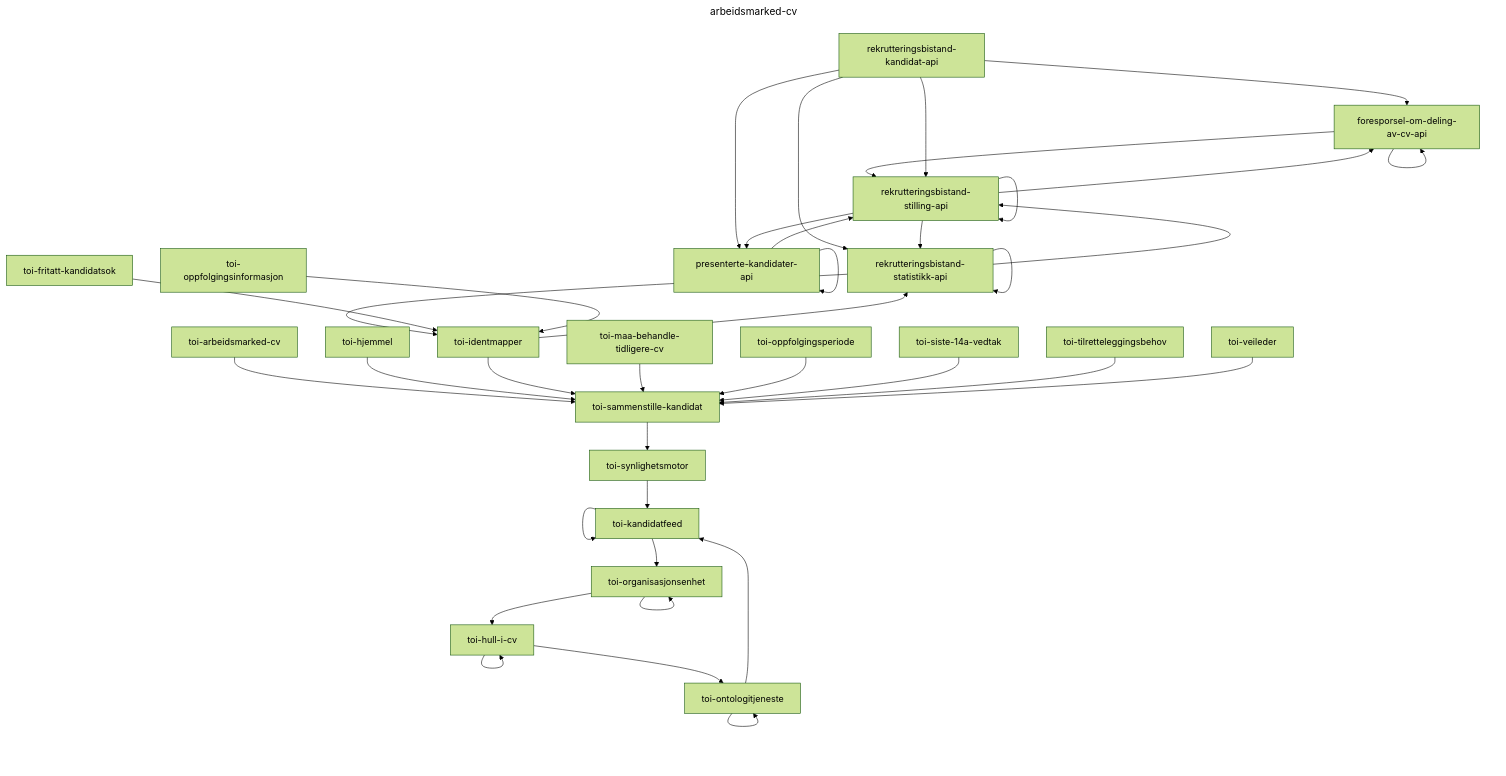
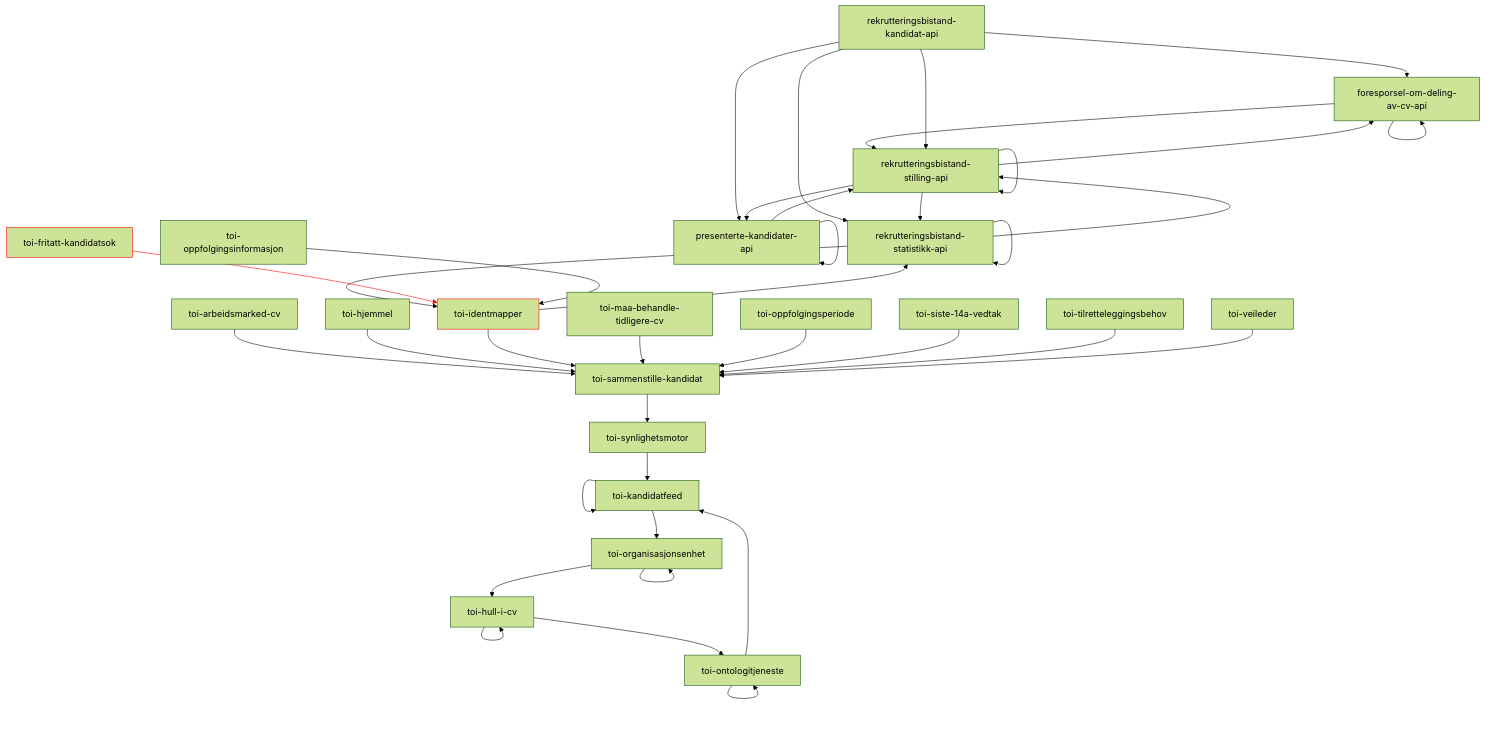
Before and after one commit to navikt/toi-rapids-and-rivers-grapher: the fourth of 34 diagrams in README.md, drawn with Mermaid (forest theme). The commit also changed other lines of this file, not shown here.

Commit message:
Oppdater Mermaid utskrift

````diff
--- a/README.md
+++ b/README.md
@@ -89,44 +130,42 @@
 ```mermaid
----
-title: arbeidsmarked-cv
----
 graph TD;
 foresporsel-om-deling-av-cv-api --> foresporsel-om-deling-av-cv-api;
 foresporsel-om-deling-av-cv-api --> rekrutteringsbistand-stilling-api;
 presenterte-kandidater-api --> presenterte-kandidater-api;
 presenterte-kandidater-api --> rekrutteringsbistand-stilling-api;
 rekrutteringsbistand-kandidat-api --> foresporsel-om-deling-av-cv-api;
 rekrutteringsbistand-kandidat-api --> presenterte-kandidater-api;
 rekrutteringsbistand-kandidat-api --> rekrutteringsbistand-statistikk-api;
 rekrutteringsbistand-kandidat-api --> rekrutteringsbistand-stilling-api;
 rekrutteringsbistand-statistikk-api --> rekrutteringsbistand-statistikk-api;
 rekrutteringsbistand-statistikk-api --> rekrutteringsbistand-stilling-api;
 rekrutteringsbistand-statistikk-api --> toi-identmapper;
 rekrutteringsbistand-stilling-api --> foresporsel-om-deling-av-cv-api;
 rekrutteringsbistand-stilling-api --> presenterte-kandidater-api;
 rekrutteringsbistand-stilling-api --> rekrutteringsbistand-statistikk-api;
 rekrutteringsbistand-stilling-api --> rekrutteringsbistand-stilling-api;
 toi-arbeidsmarked-cv --> toi-sammenstille-kandidat;
-toi-fritatt-kandidatsok --> toi-identmapper;
+toi-fritatt-kandidatsok:::x --> toi-identmapper:::x;
 toi-hjemmel --> toi-sammenstille-kandidat;
 toi-hull-i-cv --> toi-hull-i-cv;
 toi-hull-i-cv --> toi-ontologitjeneste;
 toi-identmapper --> rekrutteringsbistand-statistikk-api;
 toi-identmapper --> toi-sammenstille-kandidat;
 toi-kandidatfeed --> toi-kandidatfeed;
 toi-kandidatfeed --> toi-organisasjonsenhet;
 toi-maa-behandle-tidligere-cv --> toi-sammenstille-kandidat;
 toi-ontologitjeneste --> toi-kandidatfeed;
 toi-ontologitjeneste --> toi-ontologitjeneste;
 toi-oppfolgingsinformasjon --> toi-identmapper;
 toi-oppfolgingsperiode --> toi-sammenstille-kandidat;
 toi-organisasjonsenhet --> toi-hull-i-cv;
 toi-organisasjonsenhet --> toi-organisasjonsenhet;
 toi-sammenstille-kandidat --> toi-synlighetsmotor;
 toi-siste-14a-vedtak --> toi-sammenstille-kandidat;
 toi-synlighetsmotor --> toi-kandidatfeed;
 toi-tilretteleggingsbehov --> toi-sammenstille-kandidat;
 toi-veileder --> toi-sammenstille-kandidat;
 
-
+linkStyle 16 stroke:red;
+classDef x stroke: red;
 ```
````
